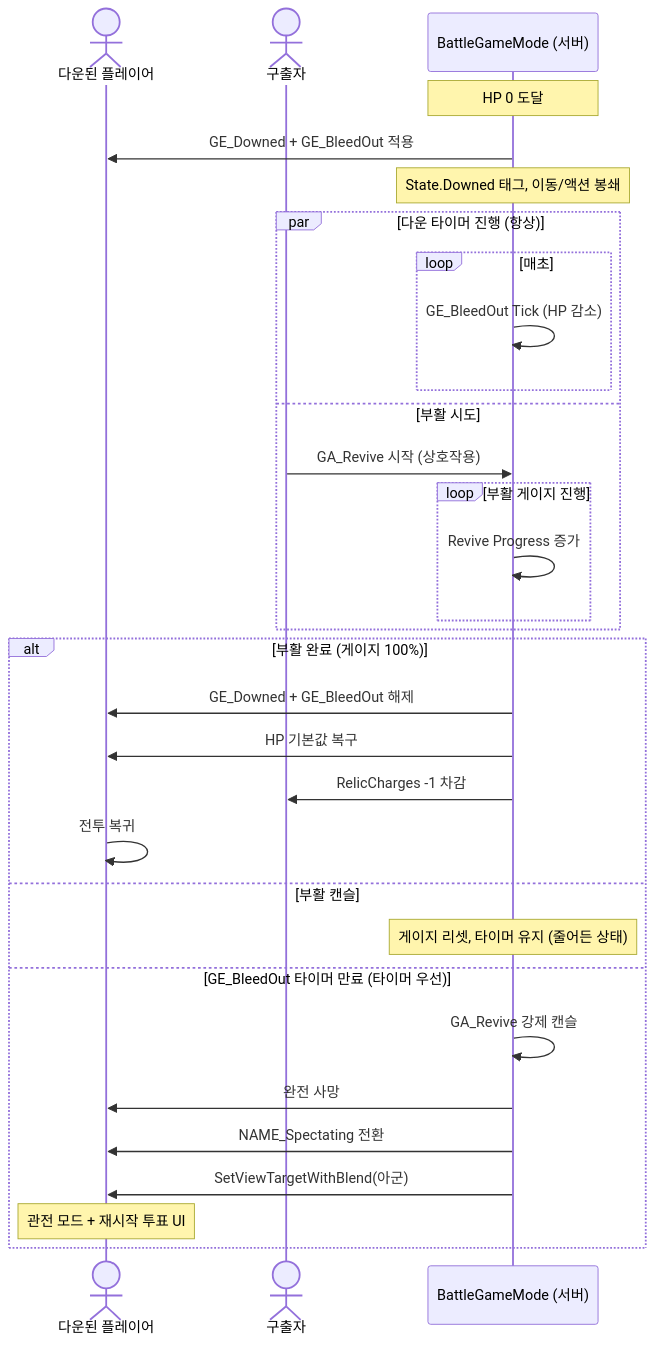
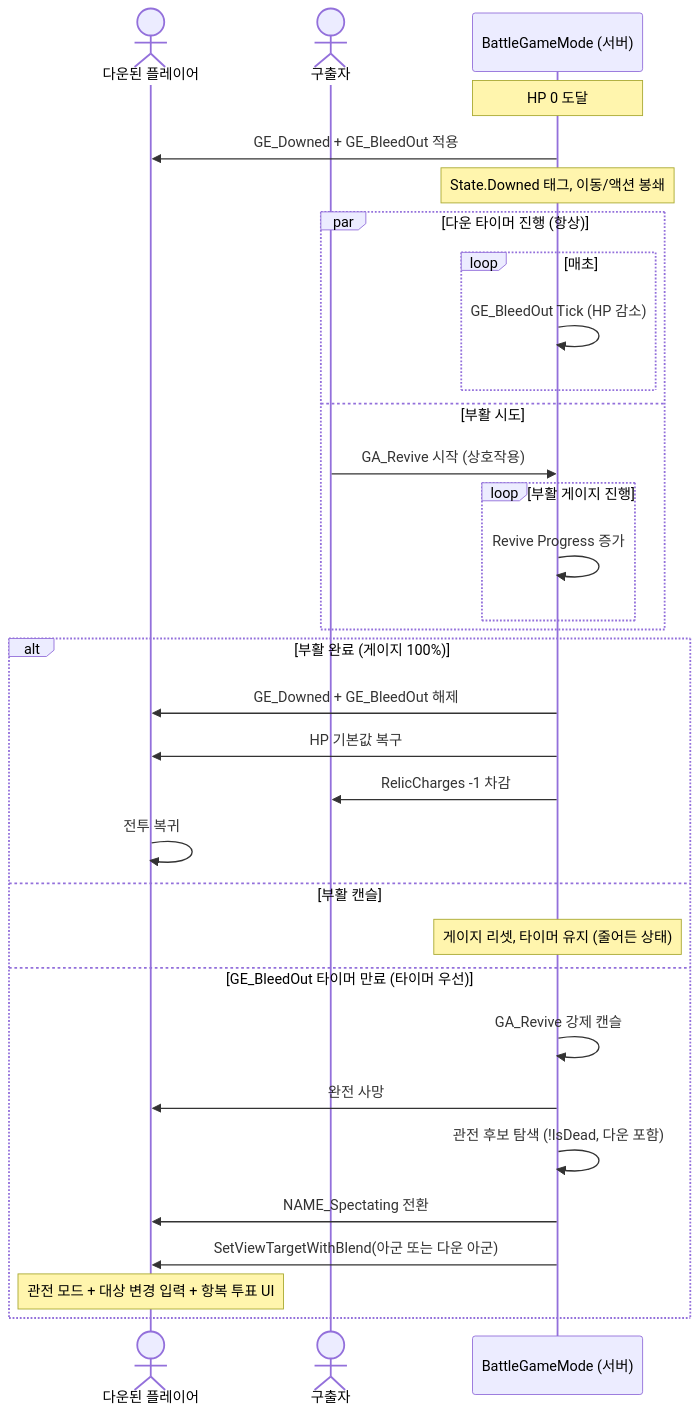
One commit to seongwon1579/ProjectBlackout changed the second of 14 diagrams in Docs/Project_Blackout_시퀀스다이어그램.md. Above: the diagram before and after it, drawn with Mermaid. The commit also changed other lines of this file and 7 other files, not shown here.

````diff
--- a/Docs/Project_Blackout_시퀀스다이어그램.md
+++ b/Docs/Project_Blackout_시퀀스다이어그램.md
@@ -50,37 +50,38 @@
 ```mermaid
 sequenceDiagram
     actor Downed as 다운된 플레이어
     actor Rescuer as 구출자
     participant Server as BattleGameMode (서버)
 
     Note over Server: HP 0 도달
 
     Server->>Downed: GE_Downed + GE_BleedOut 적용
     Note over Server: State.Downed 태그, 이동/액션 봉쇄
 
     par 다운 타이머 진행 (항상)
         loop 매초
             Server->>Server: GE_BleedOut Tick (HP 감소)
         end
     and 부활 시도
         Rescuer->>Server: GA_Revive 시작 (상호작용)
         loop 부활 게이지 진행
             Server->>Server: Revive Progress 증가
         end
     end
 
     alt 부활 완료 (게이지 100%)
         Server->>Downed: GE_Downed + GE_BleedOut 해제
         Server->>Downed: HP 기본값 복구
         Server->>Rescuer: RelicCharges -1 차감
         Downed->>Downed: 전투 복귀
     else 부활 캔슬
         Note over Server: 게이지 리셋, 타이머 유지 (줄어든 상태)
     else GE_BleedOut 타이머 만료 (타이머 우선)
         Server->>Server: GA_Revive 강제 캔슬
         Server->>Downed: 완전 사망
+        Server->>Server: 관전 후보 탐색 (!IsDead, 다운 포함)
         Server->>Downed: NAME_Spectating 전환
-        Server->>Downed: SetViewTargetWithBlend(아군)
-        Note over Downed: 관전 모드 + 재시작 투표 UI
+        Server->>Downed: SetViewTargetWithBlend(아군 또는 다운 아군)
+        Note over Downed: 관전 모드 + 대상 변경 입력 + 항복 투표 UI
     end
 ```
````
